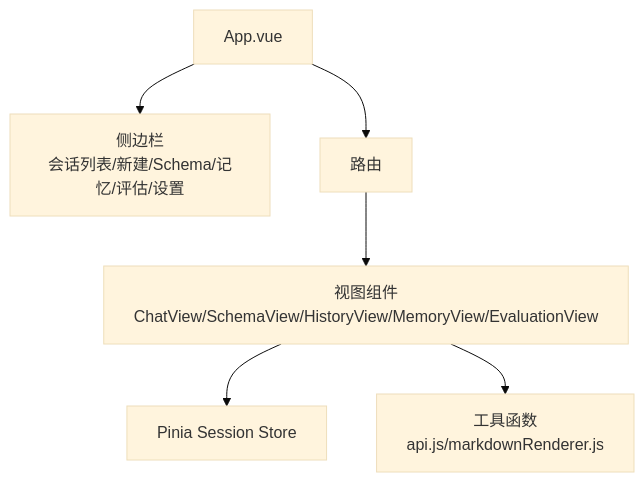
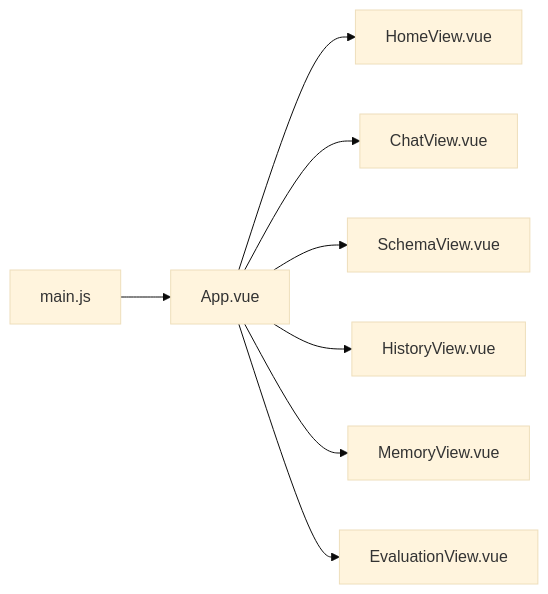
The eighth of 9 diagrams in NL2SQL/.qoder/repowiki/zh/content/项目概述.md (HanHuiOnLine/724-office), drawn with Mermaid (base theme) before and after one commit. The commit also changed other lines of this file and 170 other files, not shown here.

````diff
--- a/NL2SQL/.qoder/repowiki/zh/content/项目概述.md
+++ b/NL2SQL/.qoder/repowiki/zh/content/项目概述.md
@@ -335,14 +285,10 @@
 ```mermaid
-graph TB
-Root["App.vue"]
-Sidebar["侧边栏<br/>会话列表/新建/Schema/记忆/评估/设置"]
-Router["路由"]
-Views["视图组件<br/>ChatView/SchemaView/HistoryView/MemoryView/EvaluationView"]
-Store["Pinia Session Store"]
-Utils["工具函数<br/>api.js/markdownRenderer.js"]
-Root --> Sidebar
-Root --> Router
-Router --> Views
-Views --> Store
-Views --> Utils
+graph LR
+MAIN["main.js"] --> APP["App.vue"]
+APP --> HOME["HomeView.vue"]
+APP --> CHAT["ChatView.vue"]
+APP --> SCHEMA["SchemaView.vue"]
+APP --> HISTORY["HistoryView.vue"]
+APP --> MEMORY["MemoryView.vue"]
+APP --> EVAL["EvaluationView.vue"]
 ```
````
